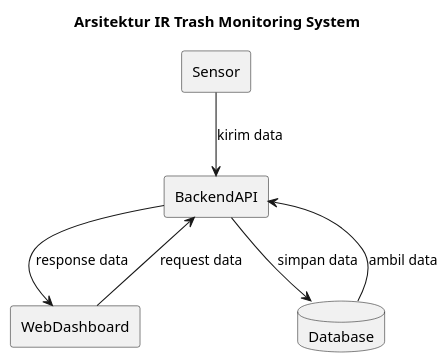
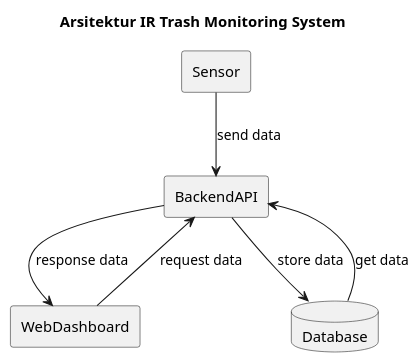
One commit to C-PPAW-TI503P-2025/PROJECT_KELOMPOK-2_INFRARED changed the diagram in diagram/arsitektur.puml. Above: the diagram before and after it, drawn with PlantUML.

Commit message:
Update Arsitektur

```diff
--- a/diagram/arsitektur.puml
+++ b/diagram/arsitektur.puml
@@ -1,16 +1,16 @@
-@startuml Arsitektur_IR_Trash
+@startuml Arsitektur_IR_Trash_Monitoring
 
 title Arsitektur IR Trash Monitoring System
 
 rectangle Sensor
 rectangle BackendAPI
 rectangle WebDashboard
 database Database
 
-Sensor --> BackendAPI : kirim data
-BackendAPI --> Database : simpan data
-Database --> BackendAPI : ambil data
+Sensor --> BackendAPI : send data
+BackendAPI --> Database : store data
+Database --> BackendAPI : get data
 WebDashboard --> BackendAPI : request data
 BackendAPI --> WebDashboard : response data
 
 @enduml
```
